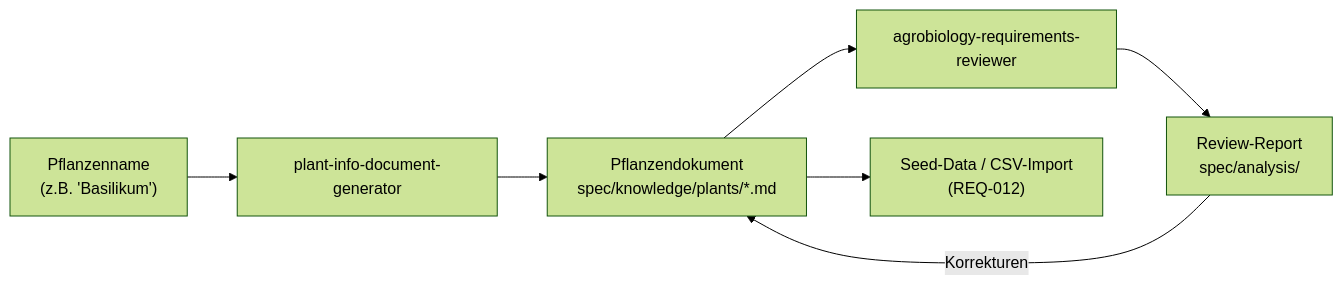
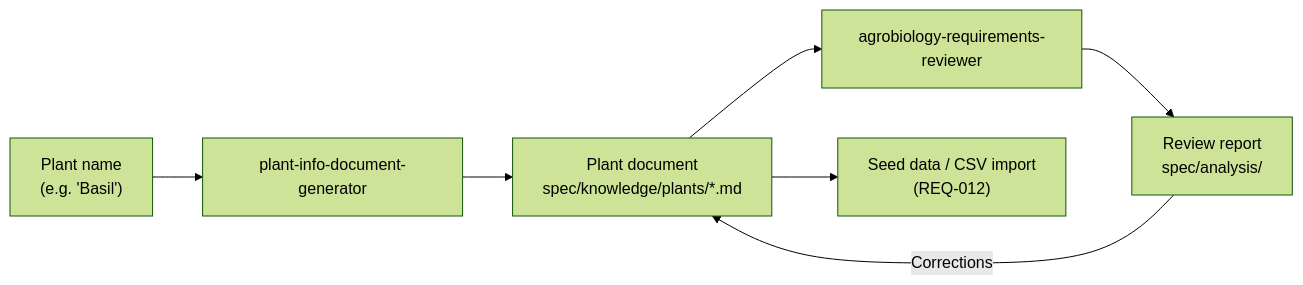
Before and after one commit to nolte/kamerplanter: the diagram in docs/de/guides/ai-plant-data-pipeline.md, drawn with Mermaid (forest theme). The commit also changed other lines of this file and 44 other files, not shown here.

First line of the commit message:
docs: make all Mermaid diagrams spec-compliant (repo-wide sweep)

````diff
--- a/docs/de/guides/ai-plant-data-pipeline.md
+++ b/docs/de/guides/ai-plant-data-pipeline.md
@@ -7,9 +8,9 @@
 ```mermaid
 flowchart LR
-    A["Pflanzenname\n(z.B. 'Basilikum')"] --> B["plant-info-document-generator"]
-    B --> C["Pflanzendokument\nspec/knowledge/plants/*.md"]
+    A["Plant name<br/>(e.g. 'Basil')"] --> B["plant-info-document-generator"]
+    B --> C["Plant document<br/>spec/knowledge/plants/*.md"]
     C --> D["agrobiology-requirements-reviewer"]
-    D --> E["Review-Report\nspec/analysis/"]
-    E -->|Korrekturen| C
-    C --> F["Seed-Data / CSV-Import\n(REQ-012)"]
+    D --> E["Review report<br/>spec/analysis/"]
+    E -->|Corrections| C
+    C --> F["Seed data / CSV import<br/>(REQ-012)"]
 ```
````
